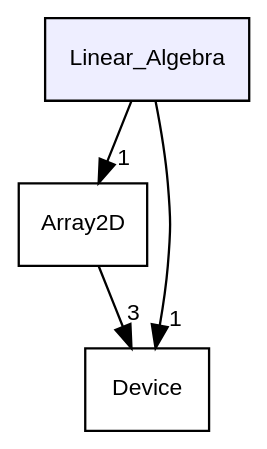
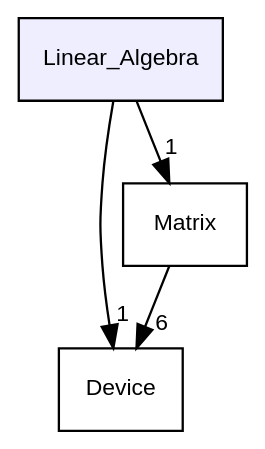
One commit to OsmanAEG/PySYCL changed the diagram in docs/PySYCL_doxygen_html/dir_048d98b6635f6f7d0d13e92ba82f3b00_dep.dot. Above: the diagram before and after it, drawn with Graphviz. The commit also changed 350 other files, not shown here.

```diff
--- a/docs/PySYCL_doxygen_html/dir_048d98b6635f6f7d0d13e92ba82f3b00_dep.dot
+++ b/docs/PySYCL_doxygen_html/dir_048d98b6635f6f7d0d13e92ba82f3b00_dep.dot
@@ -1,12 +1,12 @@
 digraph "Linear_Algebra" {
   bgcolor=transparent;
   compound=true
   node [ fontsize="10", fontname="Helvetica"];
   edge [ labelfontsize="10", labelfontname="Helvetica"];
   dir_048d98b6635f6f7d0d13e92ba82f3b00 [shape=box, label="Linear_Algebra", style="filled", fillcolor="#eeeeff", pencolor="black", URL="dir_048d98b6635f6f7d0d13e92ba82f3b00.html"];
-  dir_224ac7b824186f4773522b8bb0743517 [shape=box label="Array2D" URL="dir_224ac7b824186f4773522b8bb0743517.html"];
   dir_737e998198a830156af4433d00da986d [shape=box label="Device" URL="dir_737e998198a830156af4433d00da986d.html"];
-  dir_048d98b6635f6f7d0d13e92ba82f3b00->dir_224ac7b824186f4773522b8bb0743517 [headlabel="1", labeldistance=1.5 headhref="dir_000005_000003.html"];
-  dir_048d98b6635f6f7d0d13e92ba82f3b00->dir_737e998198a830156af4433d00da986d [headlabel="1", labeldistance=1.5 headhref="dir_000005_000004.html"];
-  dir_224ac7b824186f4773522b8bb0743517->dir_737e998198a830156af4433d00da986d [headlabel="3", labeldistance=1.5 headhref="dir_000003_000004.html"];
+  dir_b16e19d0c4a2719fd01fb3b9035a19cd [shape=box label="Matrix" URL="dir_b16e19d0c4a2719fd01fb3b9035a19cd.html"];
+  dir_048d98b6635f6f7d0d13e92ba82f3b00->dir_737e998198a830156af4433d00da986d [headlabel="1", labeldistance=1.5 headhref="dir_000003_000002.html"];
+  dir_048d98b6635f6f7d0d13e92ba82f3b00->dir_b16e19d0c4a2719fd01fb3b9035a19cd [headlabel="1", labeldistance=1.5 headhref="dir_000003_000004.html"];
+  dir_b16e19d0c4a2719fd01fb3b9035a19cd->dir_737e998198a830156af4433d00da986d [headlabel="6", labeldistance=1.5 headhref="dir_000004_000002.html"];
 }
```
